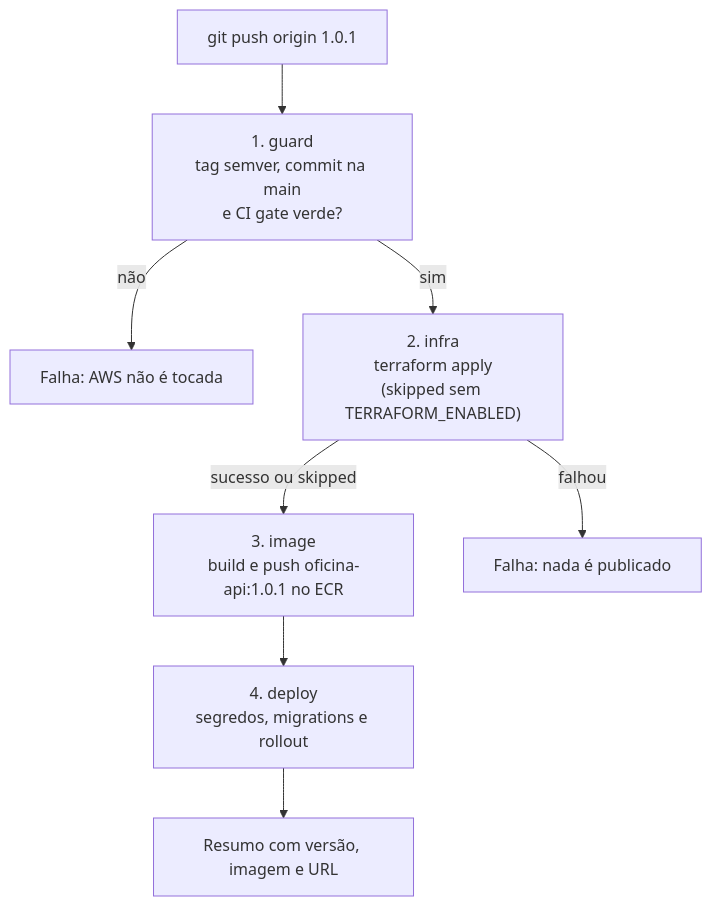
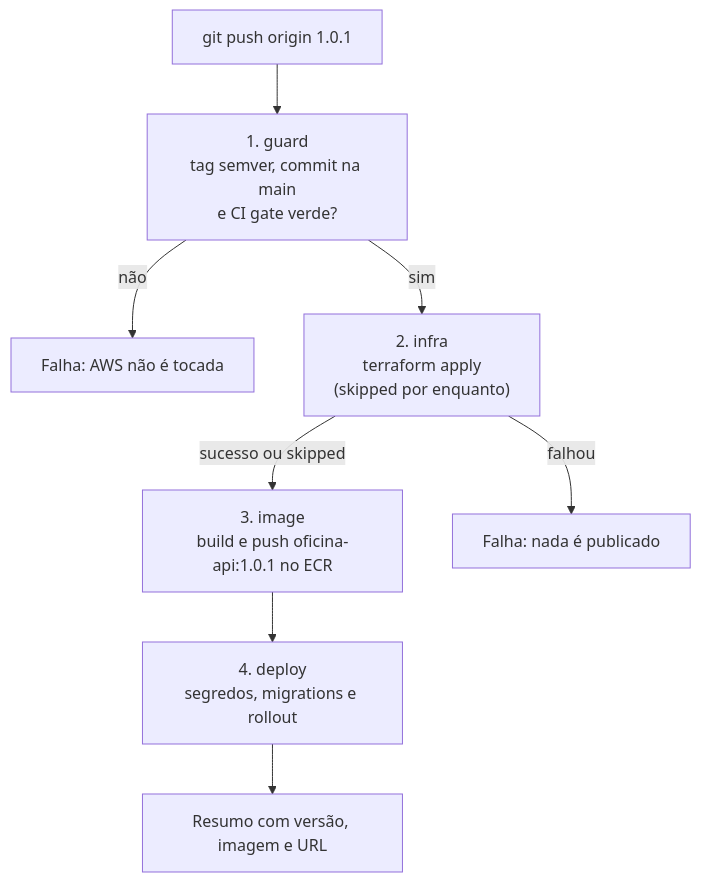
One commit to muriloperosa/soat-architecture changed the third of 5 diagrams in docs/CI_CD.md. Above: the diagram before and after it, drawn with Mermaid. The commit also changed other lines of this file and 2 other files, not shown here.

First line of the commit message:
docs: update CI/CD documentation to reflect changes in Terraform job status

````diff
--- a/docs/CI_CD.md
+++ b/docs/CI_CD.md
@@ -182,10 +182,10 @@
 ```mermaid
 flowchart TD
     TAG["git push origin 1.0.1"] --> GUARD["1. guard<br/>tag semver, commit na main<br/>e CI gate verde?"]
     GUARD -->|não| STOP1[Falha: AWS não é tocada]
-    GUARD -->|sim| TF["2. infra<br/>terraform apply<br/>(skipped sem TERRAFORM_ENABLED)"]
+    GUARD -->|sim| TF["2. infra<br/>terraform apply<br/>(skipped por enquanto)"]
     TF -->|sucesso ou skipped| IMG["3. image<br/>build e push oficina-api:1.0.1 no ECR"]
     TF -->|falhou| STOP2[Falha: nada é publicado]
     IMG --> DEP["4. deploy<br/>segredos, migrations e rollout"]
     DEP --> OK["Resumo com versão, imagem e URL"]
 ```
````
